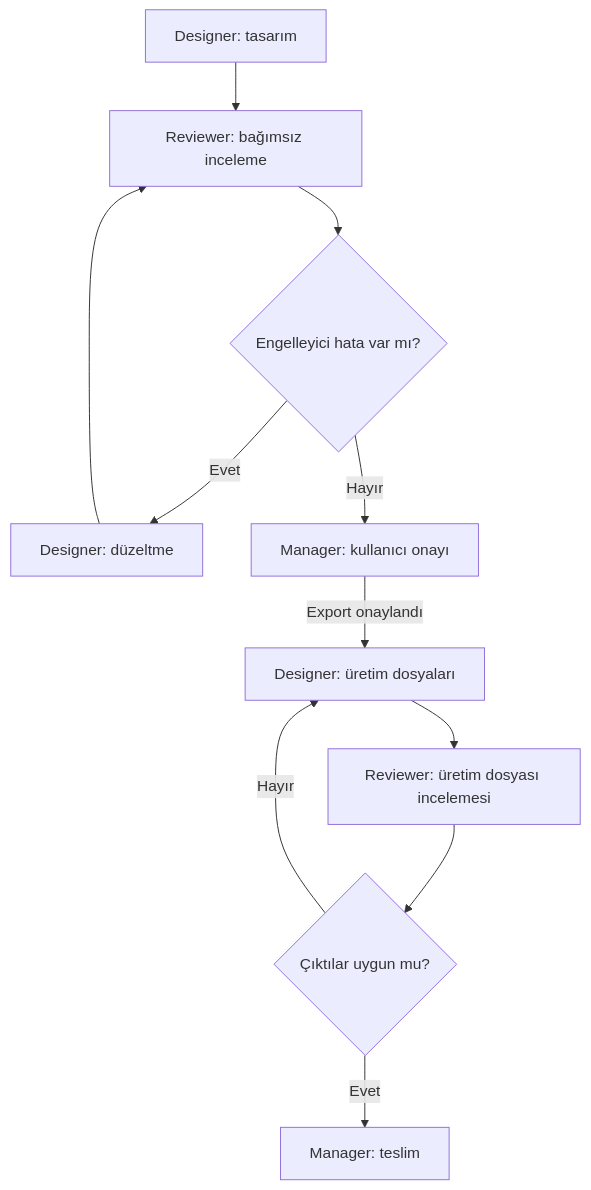
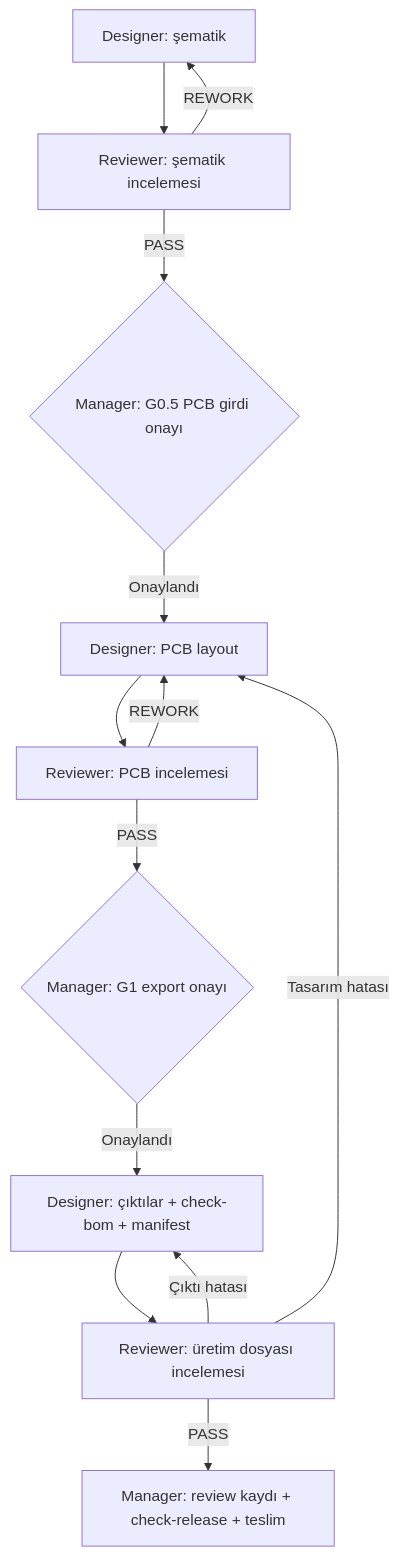
Before and after one commit to d0ukan/ai-hw-designer: the diagram in Hardware-Roles.md, drawn with Mermaid. The commit also changed other lines of this file and 31 other files, not shown here.

First line of the commit message:
v1.14: fix review findings, release binding, next command, EN/TR READMEs

````diff
--- a/Hardware-Roles.md
+++ b/Hardware-Roles.md
@@ -111,13 +111,15 @@
 ```mermaid
 flowchart TD
-    D["Designer: tasarım"] --> R["Reviewer: bağımsız inceleme"]
-    R --> X{"Engelleyici hata var mı?"}
-    X -->|"Evet"| F["Designer: düzeltme"]
-    F --> R
-    X -->|"Hayır"| M["Manager: kullanıcı onayı"]
-    M -->|"Export onaylandı"| E["Designer: üretim dosyaları"]
+    S["Designer: şematik"] --> SR["Reviewer: şematik incelemesi"]
+    SR -->|"REWORK"| S
+    SR -->|"PASS"| G05{"Manager: G0.5 PCB girdi onayı"}
+    G05 -->|"Onaylandı"| D["Designer: PCB layout"]
+    D --> R["Reviewer: PCB incelemesi"]
+    R -->|"REWORK"| D
+    R -->|"PASS"| M{"Manager: G1 export onayı"}
+    M -->|"Onaylandı"| E["Designer: çıktılar + check-bom + manifest"]
     E --> V["Reviewer: üretim dosyası incelemesi"]
-    V --> Y{"Çıktılar uygun mu?"}
-    Y -->|"Hayır"| E
-    Y -->|"Evet"| H["Manager: teslim"]
+    V -->|"Çıktı hatası"| E
+    V -->|"Tasarım hatası"| D
+    V -->|"PASS"| H["Manager: review kaydı + check-release + teslim"]
 ```
````
